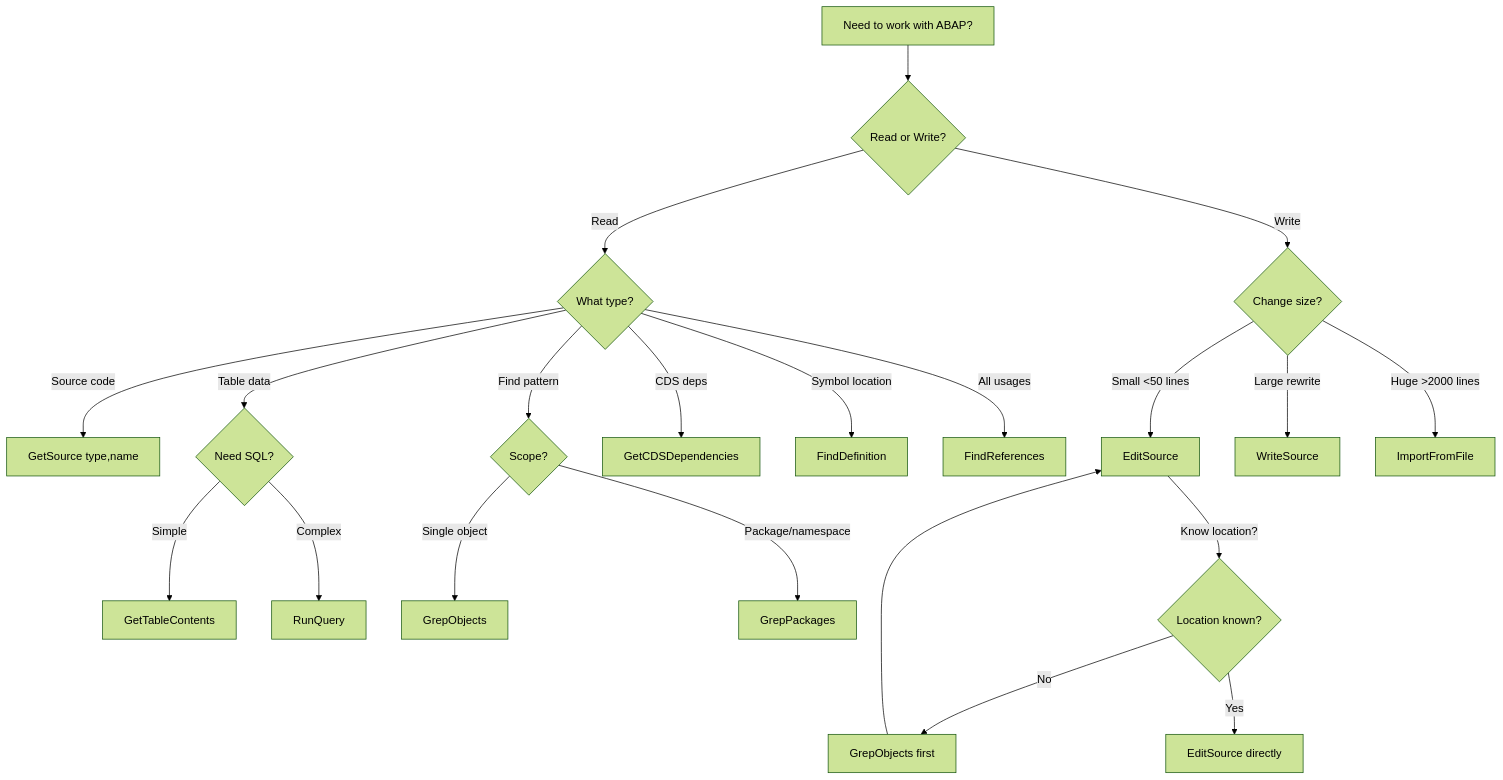
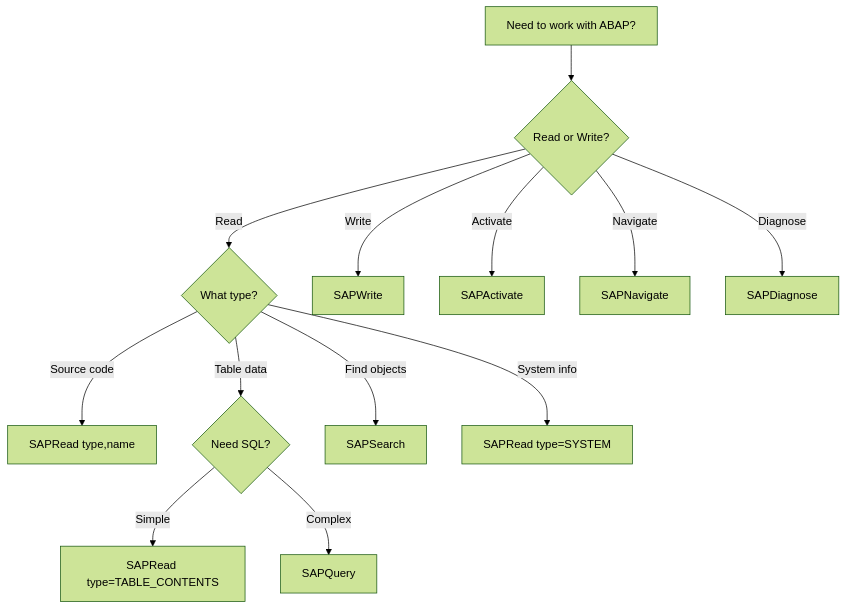
Before and after one commit to marianfoo/arc-1: the first of 2 diagrams in docs/mcp-usage.md, drawn with Mermaid (forest theme). The commit also changed other lines of this file and 26 other files, not shown here.

First line of the commit message:
docs: update all documentation from Go/vsp to TypeScript/ARC-1

````diff
--- a/docs/mcp-usage.md
+++ b/docs/mcp-usage.md
@@ -63,27 +64,19 @@
 ```mermaid
 flowchart TD
     START[Need to work with ABAP?]
 
     START --> READ{Read or Write?}
 
     READ -->|Read| RTYPE{What type?}
-    RTYPE -->|Source code| GS[GetSource type,name]
+    RTYPE -->|Source code| SR[SAPRead type,name]
     RTYPE -->|Table data| TD{Need SQL?}
-    TD -->|Simple| GTC[GetTableContents]
-    TD -->|Complex| RQ[RunQuery]
-    RTYPE -->|Find pattern| GREP{Scope?}
-    GREP -->|Single object| GO[GrepObjects]
-    GREP -->|Package/namespace| GP[GrepPackages]
-    RTYPE -->|CDS deps| CDS[GetCDSDependencies]
-    RTYPE -->|Symbol location| FD[FindDefinition]
-    RTYPE -->|All usages| FR[FindReferences]
+    TD -->|Simple| SR2[SAPRead type=TABLE_CONTENTS]
+    TD -->|Complex| SQ[SAPQuery]
+    RTYPE -->|Find objects| SS[SAPSearch]
+    RTYPE -->|System info| SR3[SAPRead type=SYSTEM]
 
-    READ -->|Write| WSIZE{Change size?}
-    WSIZE -->|Small <50 lines| ES[EditSource]
-    WSIZE -->|Large rewrite| WS[WriteSource]
-    WSIZE -->|Huge >2000 lines| IF[ImportFromFile]
-
-    ES -->|Know location?| ESLOC{Location known?}
-    ESLOC -->|No| GO2[GrepObjects first] --> ES
-    ESLOC -->|Yes| ES2[EditSource directly]
+    READ -->|Write| SW[SAPWrite]
+    READ -->|Activate| SA[SAPActivate]
+    READ -->|Navigate| SN[SAPNavigate]
+    READ -->|Diagnose| SD[SAPDiagnose]
 ```
````
